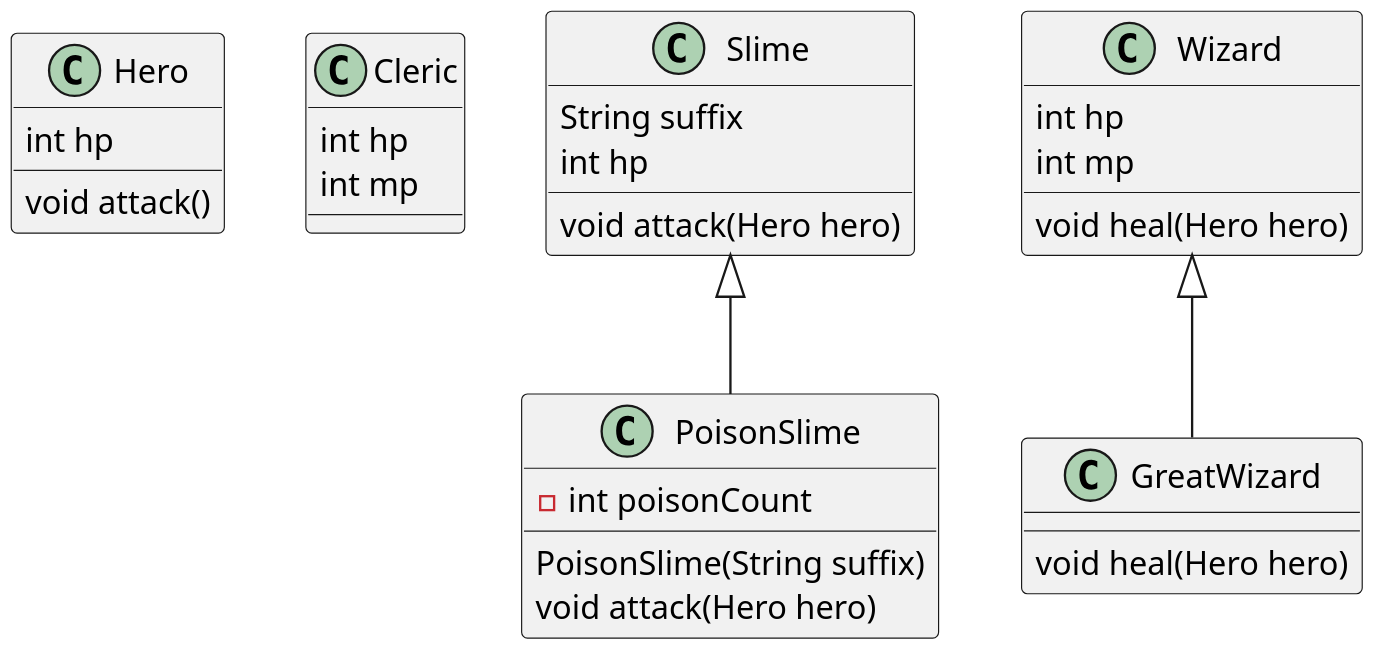
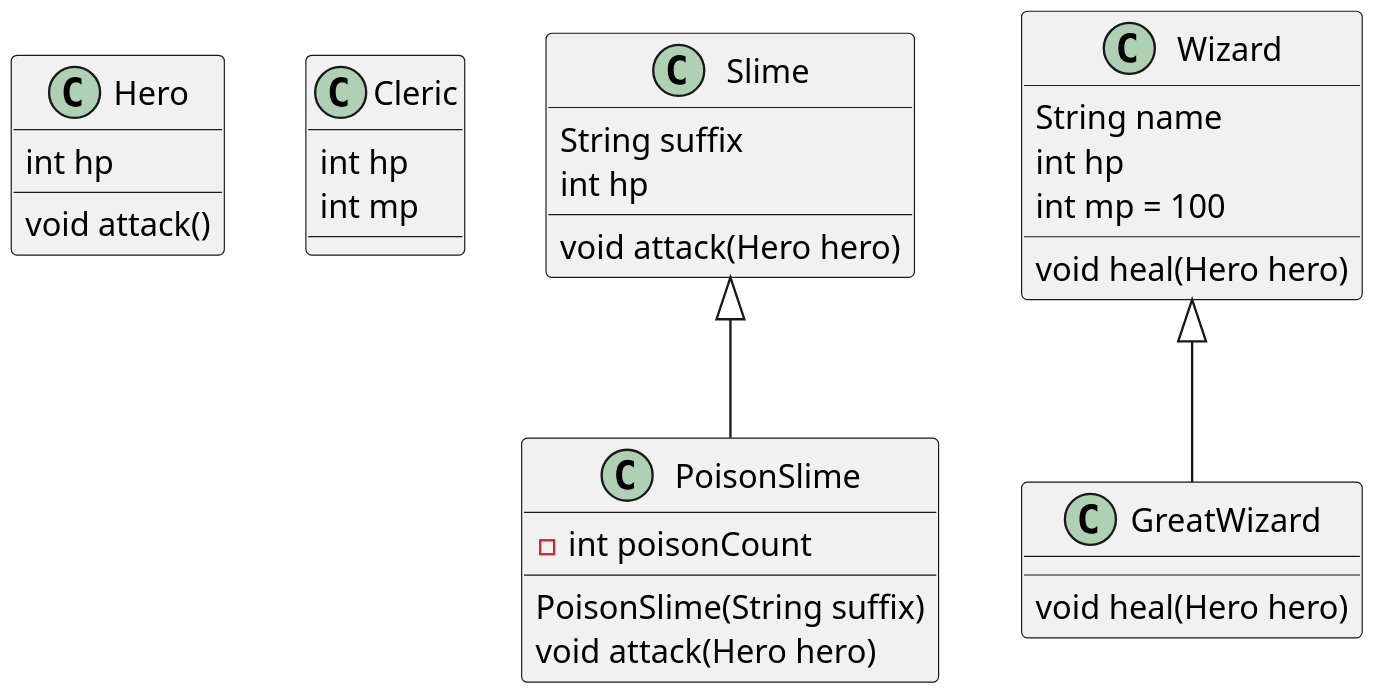
One commit to SurvivalCodingCampus/gangnam3-java-oop changed the diagram in src/main/java/com/survivalcoding/day01_class_instance/game.puml. Above: the diagram before and after it, drawn with PlantUML. The commit also changed 3 other files, not shown here.

```diff
--- a/src/main/java/com/survivalcoding/day01_class_instance/game.puml
+++ b/src/main/java/com/survivalcoding/day01_class_instance/game.puml
@@ -1,40 +1,41 @@
 @startuml
 scale 2
 
 Hero : int hp
 Hero : void attack()
 
 Cleric : int hp
 Cleric : int mp
 
 Slime <|-- PoisonSlime
 Slime : String suffix
 Slime : int hp
 Slime : void attack(Hero hero)
 
 PoisonSlime : - int poisonCount
 PoisonSlime : PoisonSlime(String suffix)
 PoisonSlime : void attack(Hero hero)
 
+Wizard : String name
 Wizard : int hp
-Wizard : int mp
+Wizard : int mp = 100
 Wizard : void heal(Hero hero)
 
 Wizard <|-- GreatWizard
 GreatWizard : void heal(Hero hero)
 
 
 
 'SuperHero : bool isFlying
 'SuperHero : void fly()
 'SuperHero : void land()
 '
 'Character <|-- Hero
 'Character <|-- Cleric
 'Character <|-- Wizard
 'Wizard : int mp
 'Wizard : void heal(Hero hero)
 '
 'Wizard <|-- GreatWizard
 
 @enduml
```
